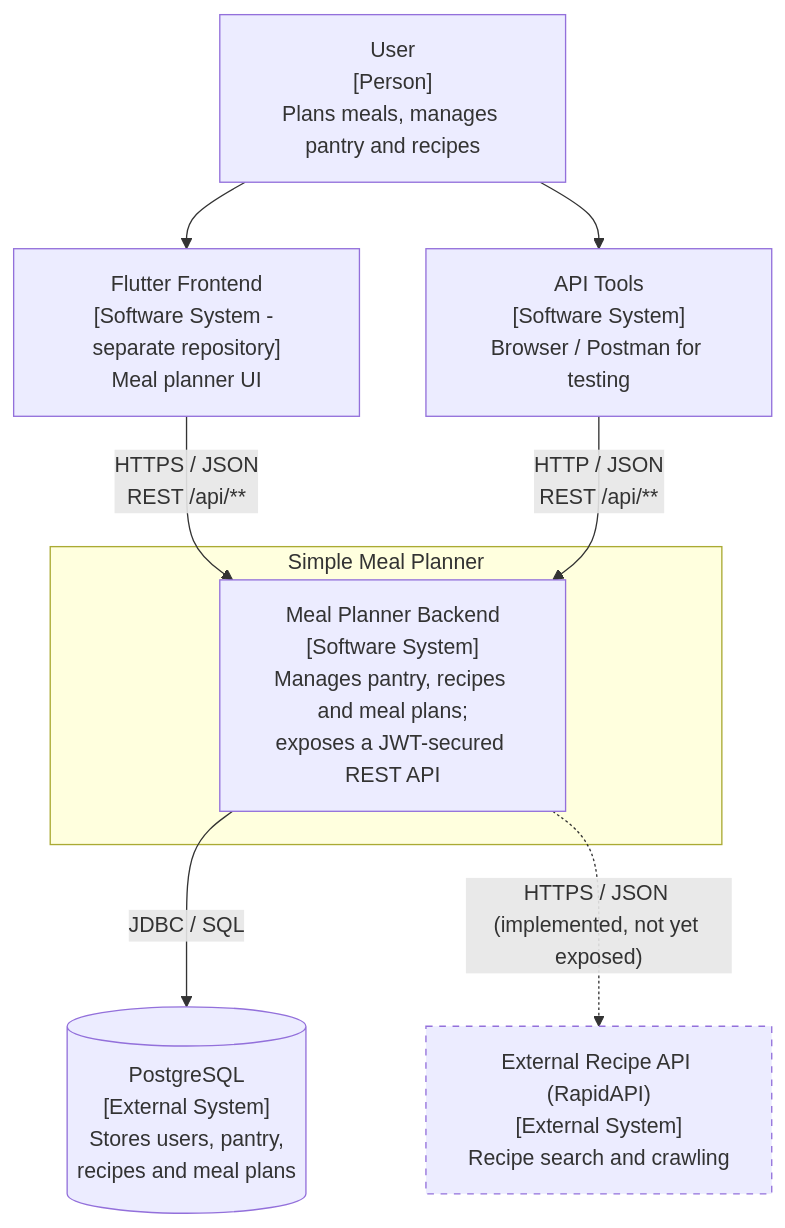
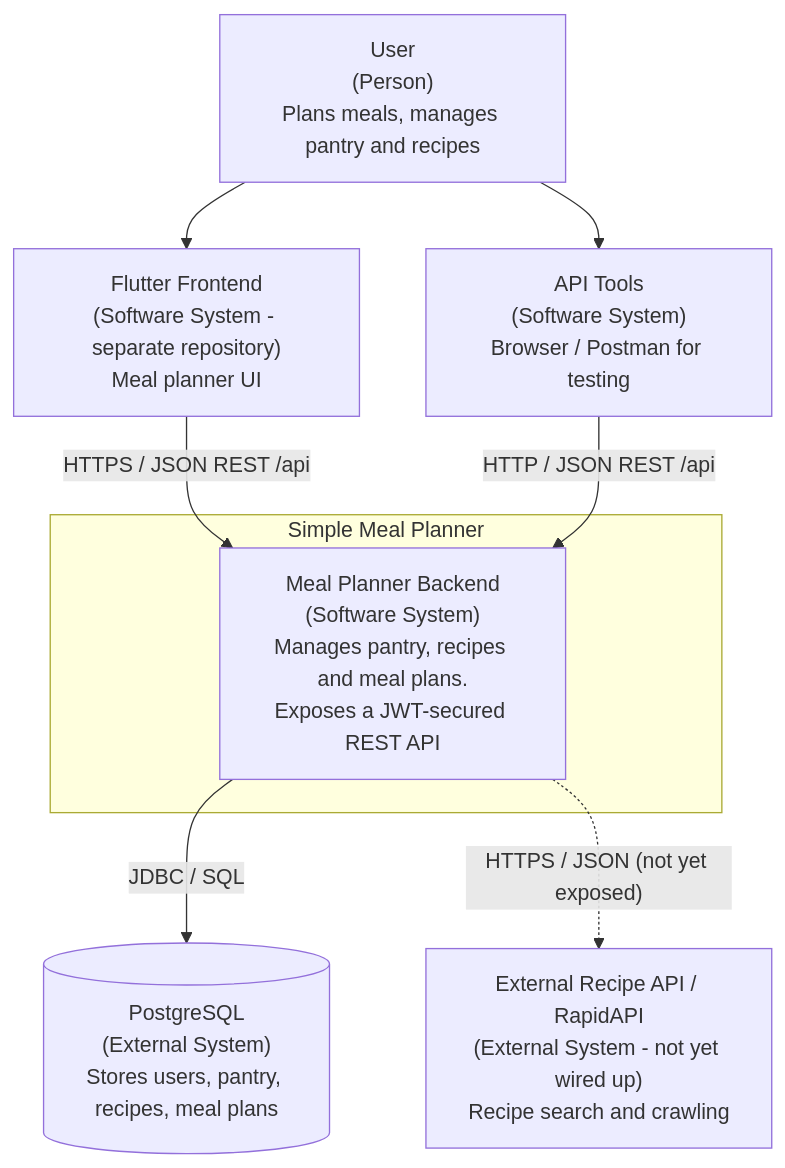
Before and after one commit to hsd-inflab/simple-meal-planner: the diagram in docs/diagrams/c1-system-context.md, drawn with Mermaid. The commit also changed other lines of this file and 4 other files, not shown here.

````diff
--- a/docs/diagrams/c1-system-context.md
+++ b/docs/diagrams/c1-system-context.md
@@ -8,23 +9,20 @@
 ```mermaid
 graph TB
-    user["User<br/>[Person]<br/>Plans meals, manages pantry and recipes"]
-    client["Flutter Frontend<br/>[Software System - separate repository]<br/>Meal planner UI"]
-    tools["API Tools<br/>[Software System]<br/>Browser / Postman for testing"]
+    user["User<br/>(Person)<br/>Plans meals, manages pantry and recipes"]
+    client["Flutter Frontend<br/>(Software System - separate repository)<br/>Meal planner UI"]
+    tools["API Tools<br/>(Software System)<br/>Browser / Postman for testing"]
 
     subgraph smp["Simple Meal Planner"]
-        backend["Meal Planner Backend<br/>[Software System]<br/>Manages pantry, recipes and meal plans;<br/>exposes a JWT-secured REST API"]
+        backend["Meal Planner Backend<br/>(Software System)<br/>Manages pantry, recipes and meal plans.<br/>Exposes a JWT-secured REST API"]
     end
 
-    db[("PostgreSQL<br/>[External System]<br/>Stores users, pantry,<br/>recipes and meal plans")]
-    recipeApi["External Recipe API (RapidAPI)<br/>[External System]<br/>Recipe search and crawling"]
+    db[("PostgreSQL<br/>(External System)<br/>Stores users, pantry, recipes, meal plans")]
+    recipeApi["External Recipe API / RapidAPI<br/>(External System - not yet wired up)<br/>Recipe search and crawling"]
 
     user --> client
     user --> tools
-    client -->|"HTTPS / JSON<br/>REST /api/**"| backend
-    tools -->|"HTTP / JSON<br/>REST /api/**"| backend
+    client -->|"HTTPS / JSON REST /api"| backend
+    tools -->|"HTTP / JSON REST /api"| backend
     backend -->|"JDBC / SQL"| db
-    backend -.->|"HTTPS / JSON (implemented, not yet exposed)"| recipeApi
-
-    classDef planned stroke-dasharray: 5 5;
-    class recipeApi planned;
+    backend -.->|"HTTPS / JSON (not yet exposed)"| recipeApi
 ```
````
